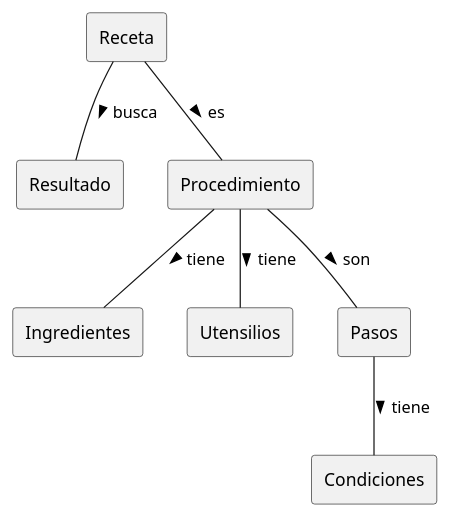
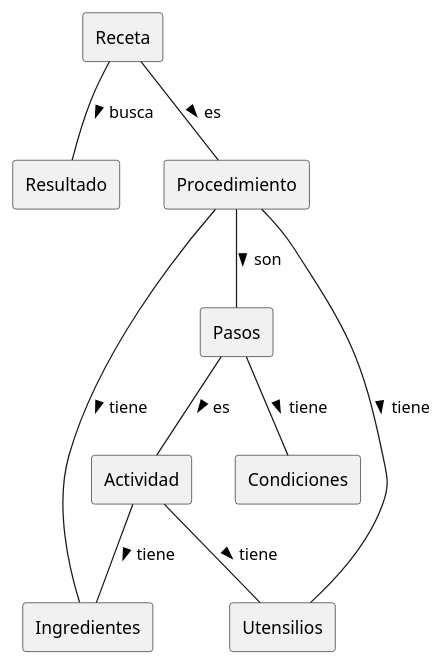
The diagram in entregas/lopezMartin/modelosUML/recetaUML.puml (mmasias/25-26-IDSW1), drawn with PlantUML before and after one commit. The commit also changed 1 other file, not shown here.

```diff
--- a/entregas/lopezMartin/modelosUML/recetaUML.puml
+++ b/entregas/lopezMartin/modelosUML/recetaUML.puml
@@ -1,18 +1,22 @@
 @startuml
 
 rectangle "Receta" as Receta
 rectangle "Resultado" as Resultado
 rectangle "Ingredientes" as Ingredientes
 rectangle "Procedimiento" as Procedimiento
 rectangle "Utensilios" as Utensilios
 rectangle "Pasos" as Pasos
 rectangle "Condiciones" as Condiciones
+rectangle "Actividad" as Actividad
 
 Receta -- Resultado : busca >
 Receta -- Procedimiento : es >
 Procedimiento -- Pasos : son >
 Procedimiento -- Ingredientes : tiene >
 Procedimiento -- Utensilios : tiene >
 Pasos -- Condiciones : tiene >
+Pasos -- Actividad : es >
+Actividad -- Ingredientes : tiene >
+Actividad -- Utensilios : tiene >
 
 @enduml
```
